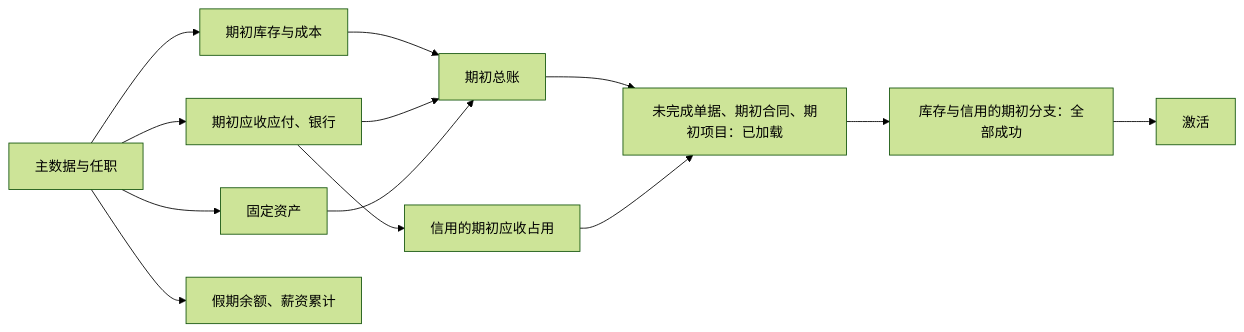
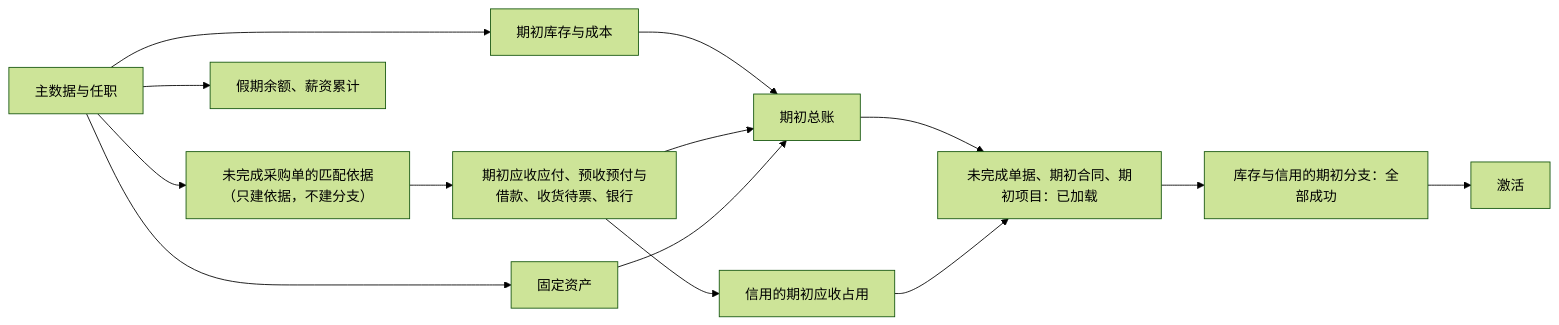
One commit to brickKit/be-assembly-standard changed the diagram in tempDocs/final/06-protocols/16-go-live-and-import.md. Above: the diagram before and after it, drawn with Mermaid (forest theme). The commit also changed other lines of this file and 10 other files, not shown here.

````diff
--- a/tempDocs/final/06-protocols/16-go-live-and-import.md
+++ b/tempDocs/final/06-protocols/16-go-live-and-import.md
@@ -100,15 +101,16 @@
 ```mermaid
 flowchart LR
     M[主数据与任职] --> S[期初库存与成本]
-    M --> AR[期初应收应付、银行]
+    M --> PO[未完成采购单的匹配依据（只建依据，不建分支）]
+    PO --> AR[期初应收应付、预收预付与借款、收货待票、银行]
     M --> FA[固定资产]
     M --> HR[假期余额、薪资累计]
     S --> GL[期初总账]
     AR --> GL
     FA --> GL
     AR --> CR[信用的期初应收占用]
     GL --> OPENL[未完成单据、期初合同、期初项目：已加载]
     CR --> OPENL
     OPENL --> BR[库存与信用的期初分支：全部成功]
     BR --> OPEN[激活]
 ```
````
